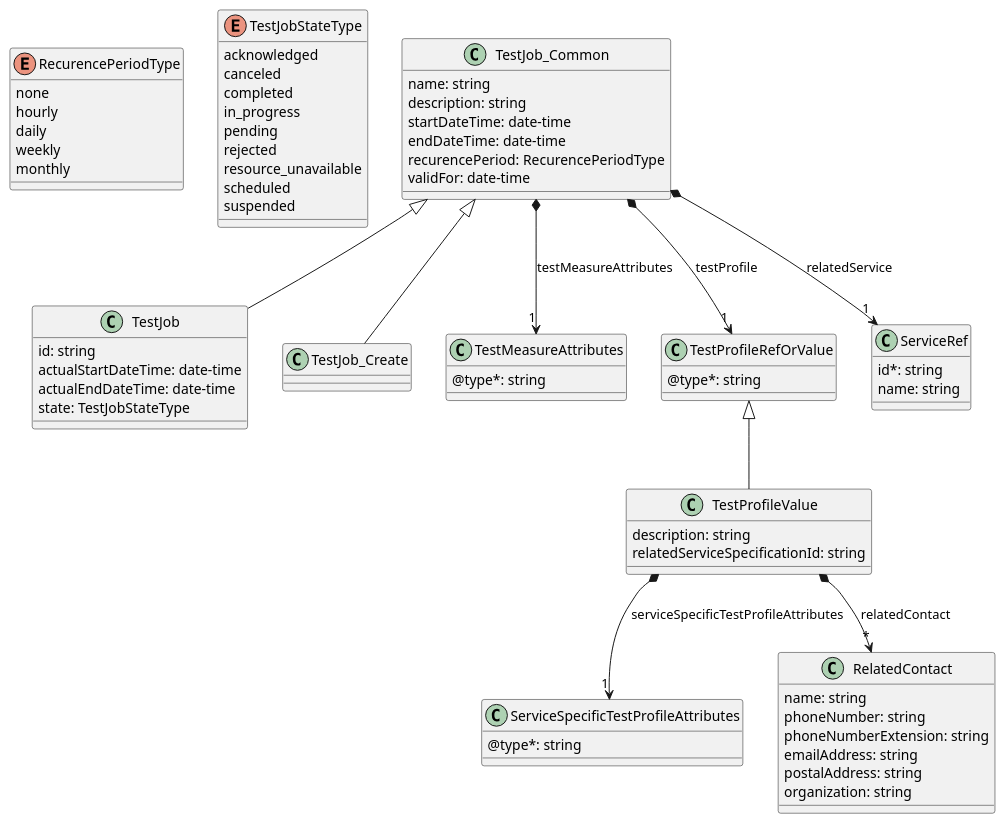
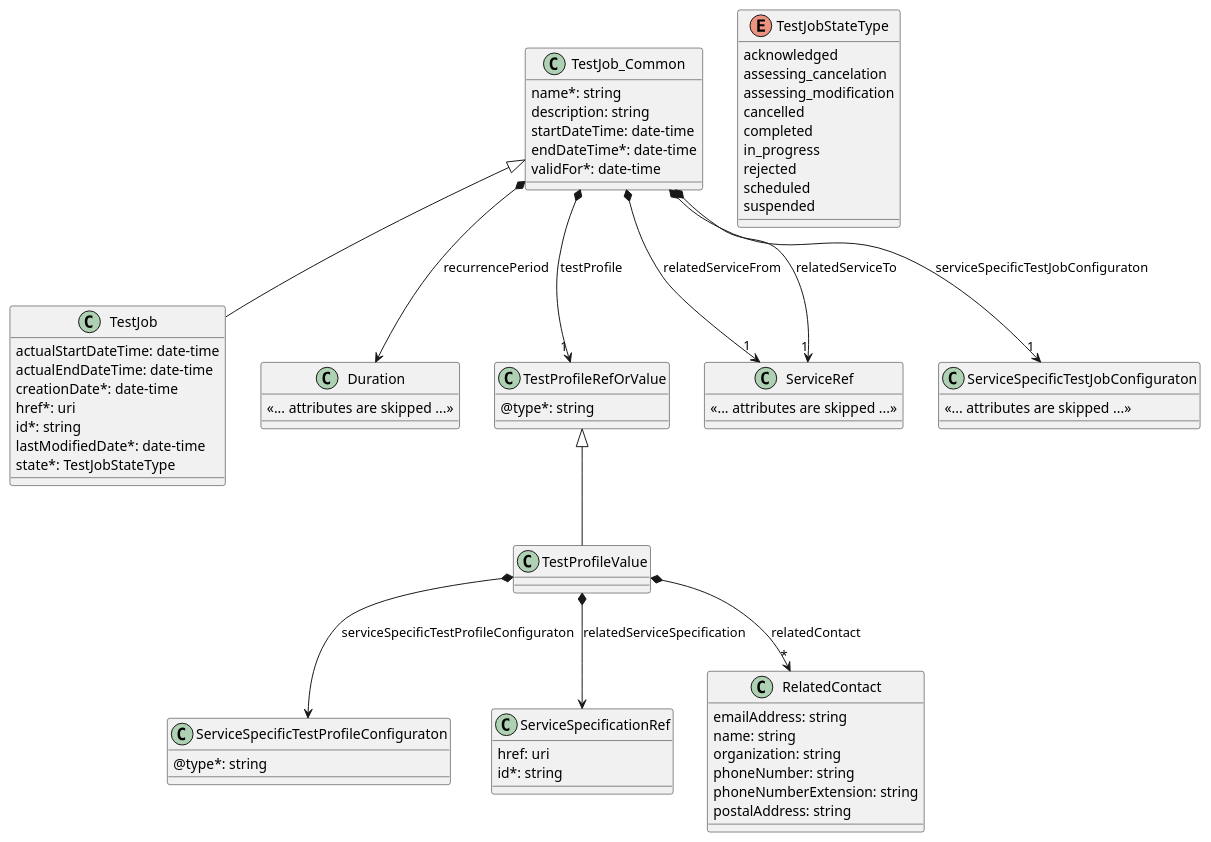
One commit to MEF-GIT/MEF-LSO-Interlude-SDK changed the diagram in documentation/serviceApi/sft/serviceTest/media/src/testJobModelWithoutTestProfile.puml. Above: the diagram before and after it, drawn with PlantUML. The commit also changed 120 other files, not shown here.

```diff
--- a/documentation/serviceApi/sft/serviceTest/media/src/testJobModelWithoutTestProfile.puml
+++ b/documentation/serviceApi/sft/serviceTest/media/src/testJobModelWithoutTestProfile.puml
@@ -1,77 +1,85 @@
 @startuml testJobWithoutTestProfileModel
 
-enum RecurencePeriodType {
-    none
-    hourly
-    daily
-    weekly
-    monthly
+class TestJob_Common {
+
+    name*: string
+    description: string
+    startDateTime: date-time
+    endDateTime*: date-time
+    validFor*: date-time
 }
-enum TestJobStateType{
+
+class TestJob {
+
+    actualStartDateTime: date-time
+    actualEndDateTime: date-time
+    creationDate*: date-time
+    href*: uri
+    id*: string
+    lastModifiedDate*: date-time
+    state*: TestJobStateType
+}
+TestJob_Common <|-- TestJob
+
+enum TestJobStateType {
+
     acknowledged
-    canceled
+    assessing_cancelation
+    assessing_modification
+    cancelled
     completed
     in_progress
-    pending
     rejected
-    resource_unavailable
     scheduled
     suspended
 }
 
-class TestJob_Common {
-    name: string
-    description: string
-    startDateTime: date-time
-    endDateTime: date-time
-    recurencePeriod: RecurencePeriodType
-    validFor: date-time
+
+TestJob_Common *--> Duration : recurrencePeriod
+TestJob_Common *-->"1" TestProfileRefOrValue : testProfile
+TestJob_Common *-->"1" ServiceRef : relatedServiceFrom
+TestJob_Common *-->"1" ServiceRef : relatedServiceTo
+TestJob_Common *-->"1" ServiceSpecificTestJobConfiguraton : serviceSpecificTestJobConfiguraton
+
+class ServiceSpecificTestJobConfiguraton {
+    <<... attributes are skipped ...>>
 }
-class TestJob {
-    id: string
-    actualStartDateTime: date-time
-    actualEndDateTime: date-time
-    state: TestJobStateType
+
+class Duration {
+
+    <<... attributes are skipped ...>>
 }
-class TestJob_Create {
 
-}
-class TestMeasureAttributes {
+class TestProfileRefOrValue {
+
     @type*: string
 }
-class TestProfileRefOrValue {
+
+TestProfileRefOrValue <|-- TestProfileValue
+
+TestProfileValue *--> ServiceSpecificTestProfileConfiguraton : serviceSpecificTestProfileConfiguraton
+TestProfileValue *--> ServiceSpecificationRef : relatedServiceSpecification
+TestProfileValue *-->"*" RelatedContact : relatedContact
+
+class ServiceSpecificTestProfileConfiguraton {
     @type*: string
 }
-class ServiceRef {
+class ServiceSpecificationRef {
+    href: uri
     id*: string
+}
+
+class RelatedContact {
+    emailAddress: string
     name: string
-}
-class TestProfileValue {
-
-    description: string
-    relatedServiceSpecificationId: string
-}
-class ServiceSpecificTestProfileAttributes {
-    @type*: string
-}
-class RelatedContact {
-
-    name: string
+    organization: string
     phoneNumber: string
     phoneNumberExtension: string
-    emailAddress: string
     postalAddress: string
-    organization: string
 }
 
+class ServiceRef {
 
-TestJob_Common <|-- TestJob
-TestJob_Common <|-- TestJob_Create
-TestJob_Common *-->"1" ServiceRef : relatedService
-TestJob_Common *-->"1" TestProfileRefOrValue : testProfile
-TestJob_Common *-->"1" TestMeasureAttributes : testMeasureAttributes
-TestProfileRefOrValue <|-- TestProfileValue
-TestProfileValue *-->"1" ServiceSpecificTestProfileAttributes : serviceSpecificTestProfileAttributes
-TestProfileValue *-->"*" RelatedContact : relatedContact
-
+<<... attributes are skipped ...>>
+}
 @enduml
```
